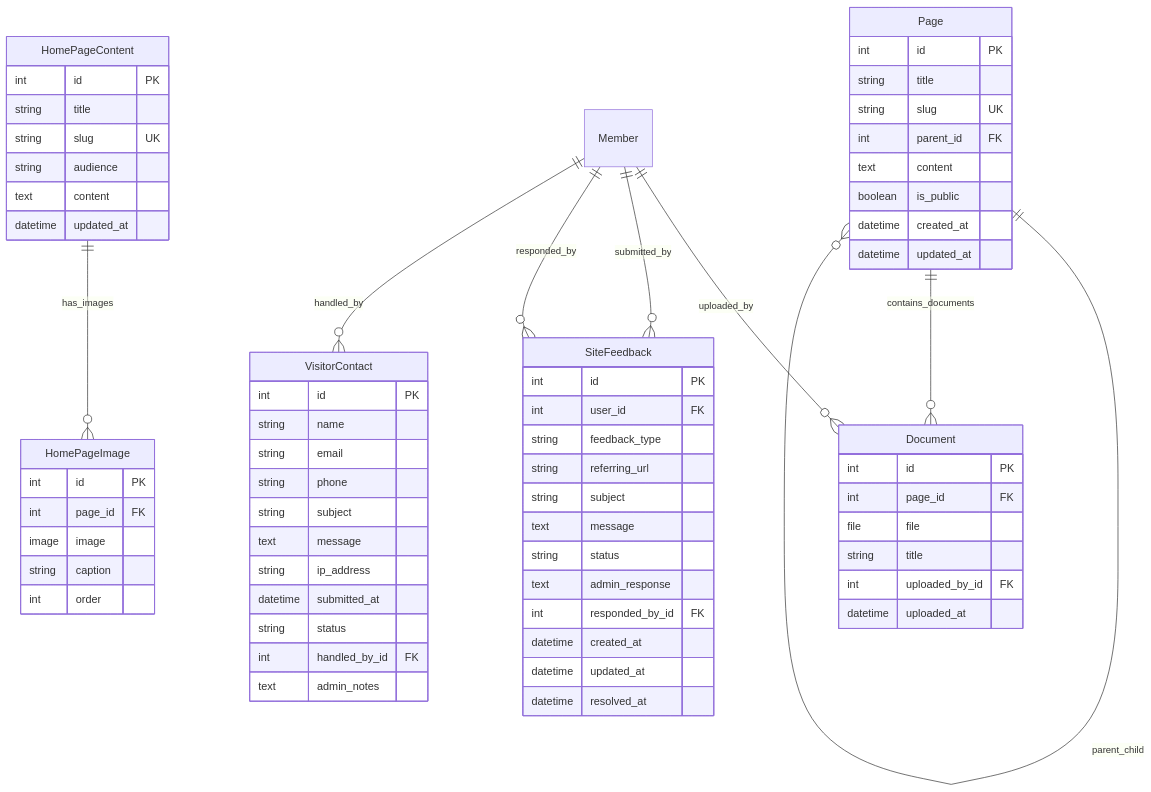
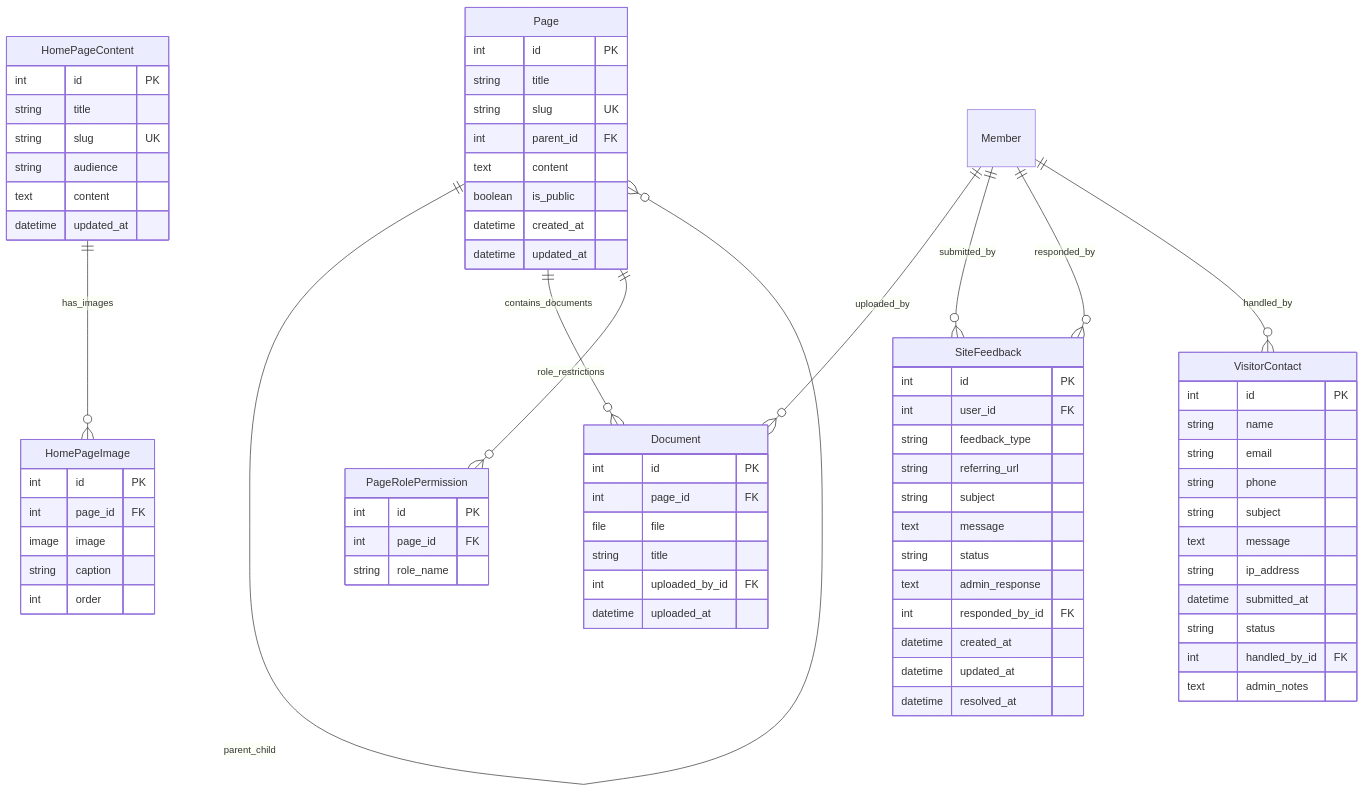
The diagram in cms/docs/models.md (pietbarber/Manage2Soar), drawn with Mermaid before and after one commit. The commit also changed other lines of this file and 2 other files, not shown here.

Commit message:
Implement role-based access control for CMS pages and add testing documentation

```diff
--- a/cms/docs/models.md
+++ b/cms/docs/models.md
@@ -15,6 +15,12 @@
         boolean is_public
         datetime created_at
         datetime updated_at
+    }
+
+    PageRolePermission {
+        int id PK
+        int page_id FK
+        string role_name
     }
 
     Document {
@@ -74,6 +80,7 @@
 
     Page ||--o{ Page : parent_child
     Page ||--o{ Document : contains_documents
+    Page ||--o{ PageRolePermission : role_restrictions
     HomePageContent ||--o{ HomePageImage : has_images
     Member ||--o{ Document : uploaded_by
     Member ||--o{ SiteFeedback : submitted_by
```
